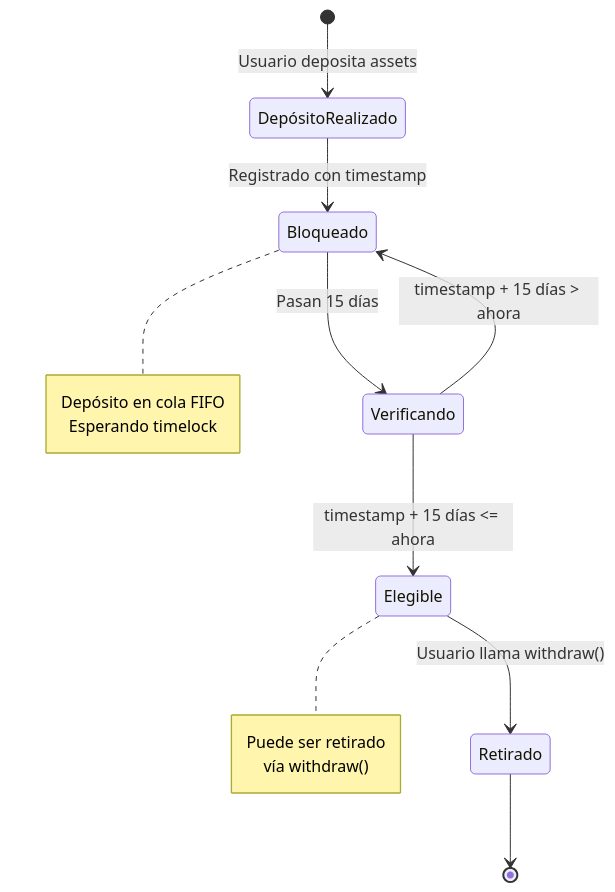
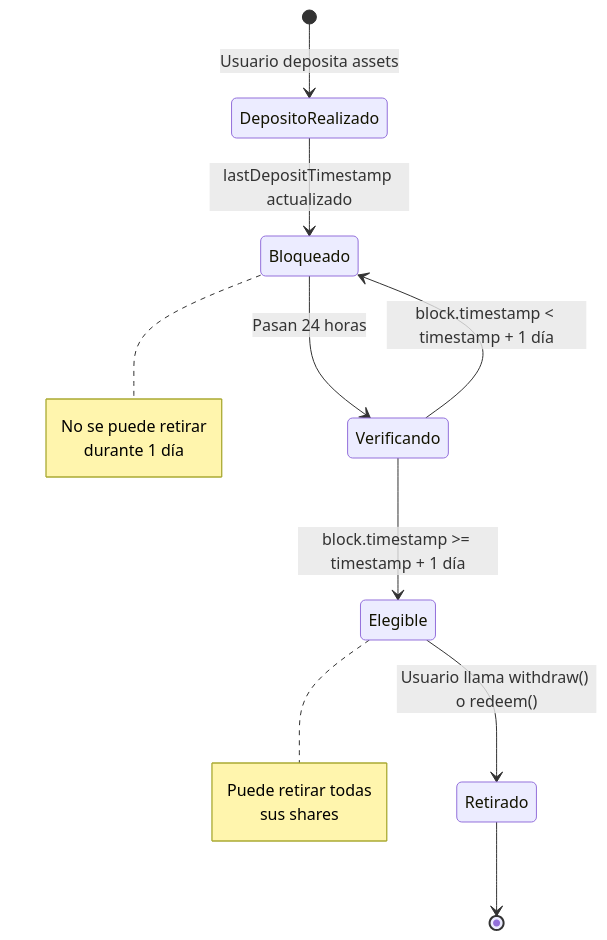
One commit to PelonClub/PelonClub-BaseNetwork-Monorepo changed the third of 5 diagrams in docs/es/guia-usuario-vault-staking.md. Above: the diagram before and after it, drawn with Mermaid. The commit also changed other lines of this file and 9 other files, not shown here.

````diff
--- a/docs/es/guia-usuario-vault-staking.md
+++ b/docs/es/guia-usuario-vault-staking.md
@@ -170,20 +127,20 @@
 ```mermaid
 stateDiagram-v2
-    [*] --> DepósitoRealizado: Usuario deposita assets
-    DepósitoRealizado --> Bloqueado: Registrado con timestamp
-    Bloqueado --> Verificando: Pasan 15 días
-    Verificando --> Elegible: timestamp + 15 días <= ahora
-    Verificando --> Bloqueado: timestamp + 15 días > ahora
-    Elegible --> Retirado: Usuario llama withdraw()
+    [*] --> DepositoRealizado: Usuario deposita assets
+    DepositoRealizado --> Bloqueado: lastDepositTimestamp actualizado
+    Bloqueado --> Verificando: Pasan 24 horas
+    Verificando --> Elegible: block.timestamp >= timestamp + 1 día
+    Verificando --> Bloqueado: block.timestamp < timestamp + 1 día
+    Elegible --> Retirado: Usuario llama withdraw() o redeem()
     Retirado --> [*]
     
     note right of Bloqueado
-        Depósito en cola FIFO
-        Esperando timelock
+        No se puede retirar
+        durante 1 día
     end note
     
     note right of Elegible
-        Puede ser retirado
-        vía withdraw()
+        Puede retirar todas
+        sus shares
     end note
 ```
````
